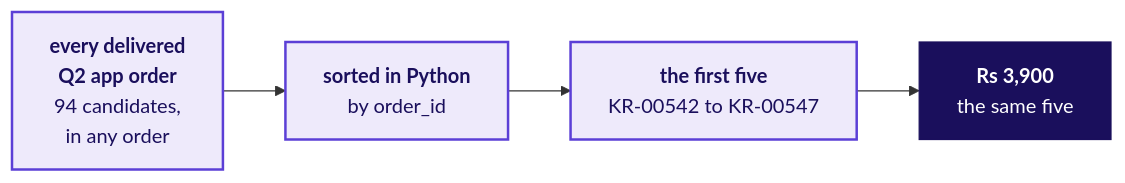
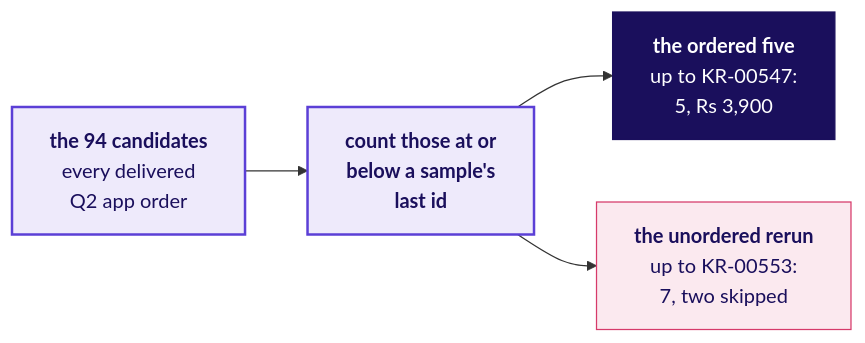
Before and after one commit to fde-academy-lab/c2-content-factory: the fourth of 8 diagrams in content/W02/D1/slides/C2_W02_D01_half2_STUDENT.md, drawn with Mermaid. The commit also changed other lines of this file and 5 other files, not shown here.

````diff
--- a/content/W02/D1/slides/C2_W02_D01_half2_STUDENT.md
+++ b/content/W02/D1/slides/C2_W02_D01_half2_STUDENT.md
@@ -301,10 +299,12 @@
 ```mermaid
 flowchart LR
-    A["<b>every delivered<br/>Q2 app order</b><br/>94 candidates,<br/>in any order"] --> B["<b>sorted in Python</b><br/>by order_id"]
-    B --> C["<b>the first five</b><br/>KR-00542 to KR-00547"]
-    C --> D["<b>Rs 3,900</b><br/>the same five"]
+    A["<b>the 94 candidates</b><br/>every delivered<br/>Q2 app order"] --> B["<b>count those at or<br/>below a sample's<br/>last id</b>"]
+    B --> C["<b>the ordered five</b><br/>up to KR-00547:<br/>5, Rs 3,900"]
+    B --> D["<b>the unordered rerun</b><br/>up to KR-00553:<br/>7, two skipped"]
     classDef known fill:#EEEAFB,stroke:#5B3FD6,color:#1A0F5C,stroke-width:2px
+    classDef bad fill:#FBE9EF,stroke:#D63A6A,color:#1A0F5C
     classDef bet fill:#1A0F5C,stroke:#1A0F5C,color:#FFFFFF
-    class A,B,C known
-    class D bet
+    class A,B known
+    class C bet
+    class D bad
 ```
````
